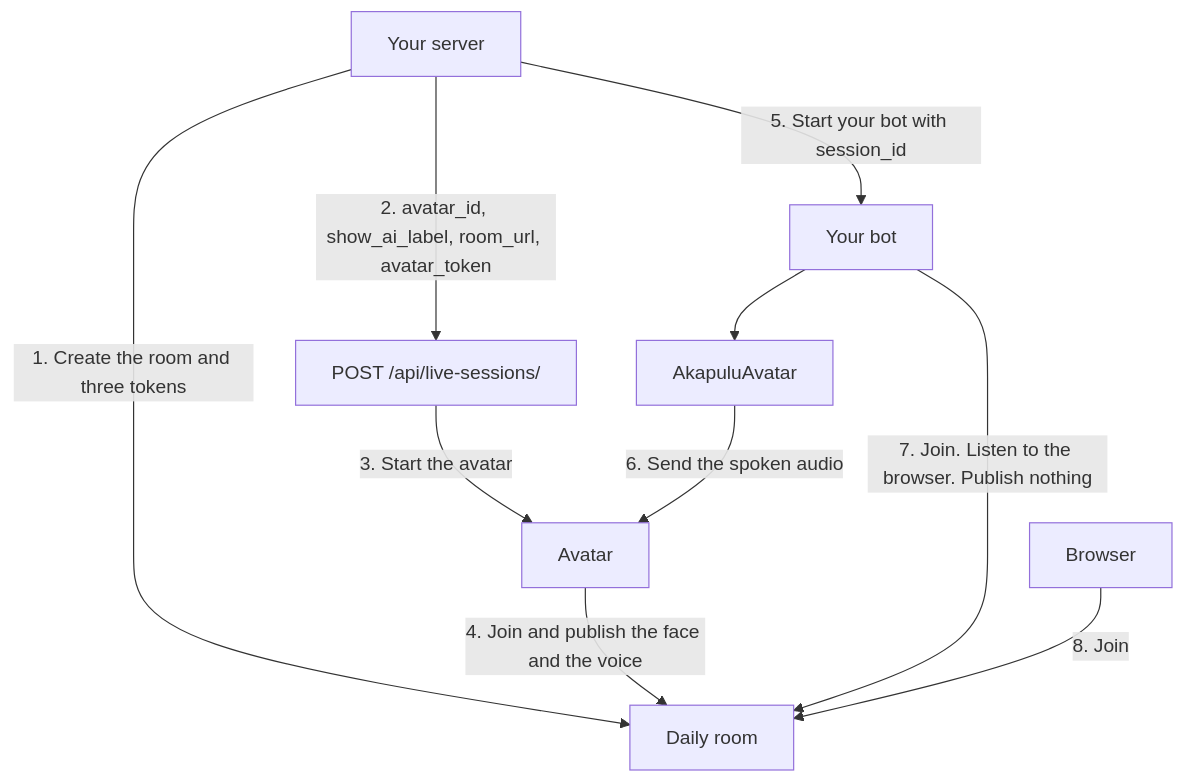
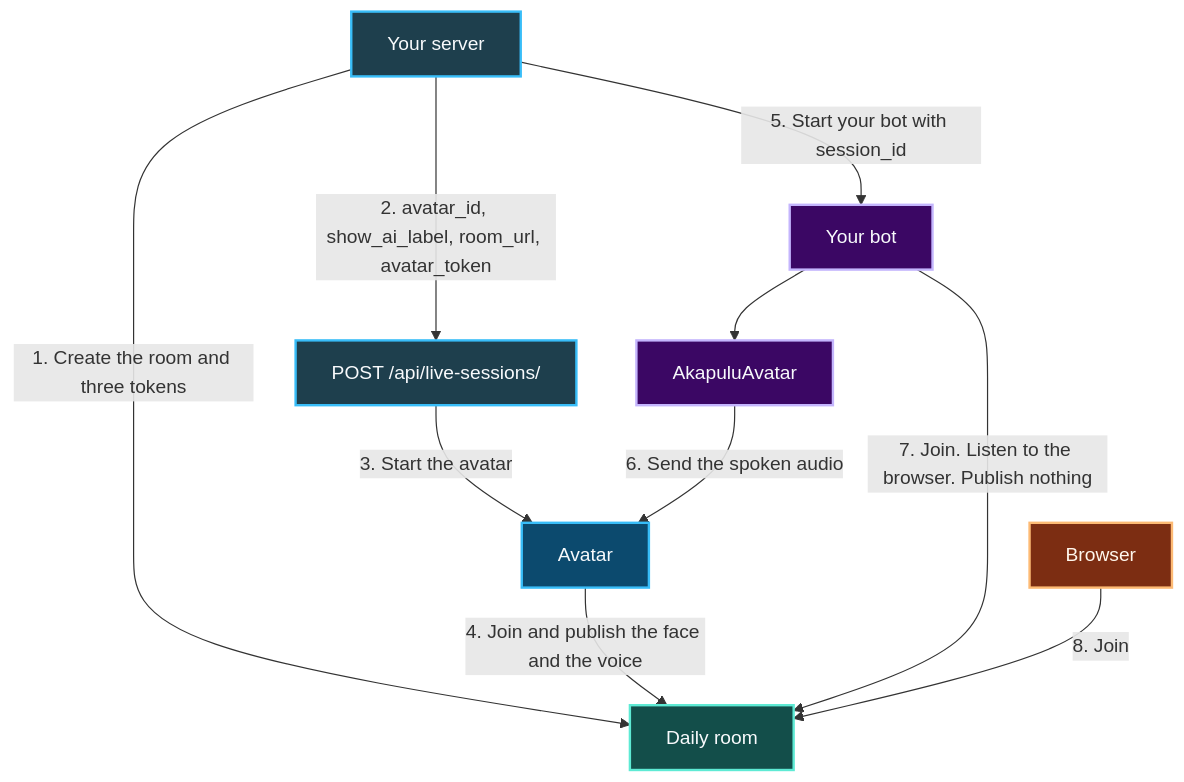
One commit to william-akapulu/docs changed the diagram in guides/getting-started/how-akapulu-works.mdx. Above: the diagram before and after it, drawn with Mermaid. The commit also changed other lines of this file and 1 other file, not shown here.

Commit message:
Color the how-it-works diagram and generalize the quickstart.

````diff
--- a/guides/getting-started/how-akapulu-works.mdx
+++ b/guides/getting-started/how-akapulu-works.mdx
@@ -12,20 +14,26 @@
 ```mermaid
 flowchart TD
-  APP[Your server]
-  ROOM[Daily room]
-  API["POST /api/live-sessions/"]
-  AV[Avatar]
-  BOT[Your bot]
-  PIECE[AkapuluAvatar]
-  BROWSER[Browser]
+  APP[Your server]:::server
+  ROOM[Daily room]:::room
+  API["POST /api/live-sessions/"]:::server
+  AV[Avatar]:::avatar
+  BOT[Your bot]:::bot
+  PIECE[AkapuluAvatar]:::bot
+  BROWSER[Browser]:::browser
 
   APP -->|1. Create the room and three tokens| ROOM
   APP -->|2. avatar_id, show_ai_label, room_url, avatar_token| API
   API -->|3. Start the avatar| AV
   AV -->|4. Join and publish the face and the voice| ROOM
   APP -->|5. Start your bot with session_id| BOT
   BOT --> PIECE
   PIECE -->|6. Send the spoken audio| AV
   BOT -->|7. Join. Listen to the browser. Publish nothing| ROOM
   BROWSER -->|8. Join| ROOM
+
+  classDef server fill:#1E3F4D,stroke:#38BDF8,color:#F8FAFC,stroke-width:2px
+  classDef room fill:#134E4A,stroke:#5EEAD4,color:#F8FAFC,stroke-width:2px
+  classDef avatar fill:#0C4A6E,stroke:#38BDF8,color:#F8FAFC,stroke-width:2px
+  classDef bot fill:#3B0764,stroke:#C4B5FD,color:#F8FAFC,stroke-width:2px
+  classDef browser fill:#7C2D12,stroke:#FDBA74,color:#FFF7ED,stroke-width:2px
 ```
````
